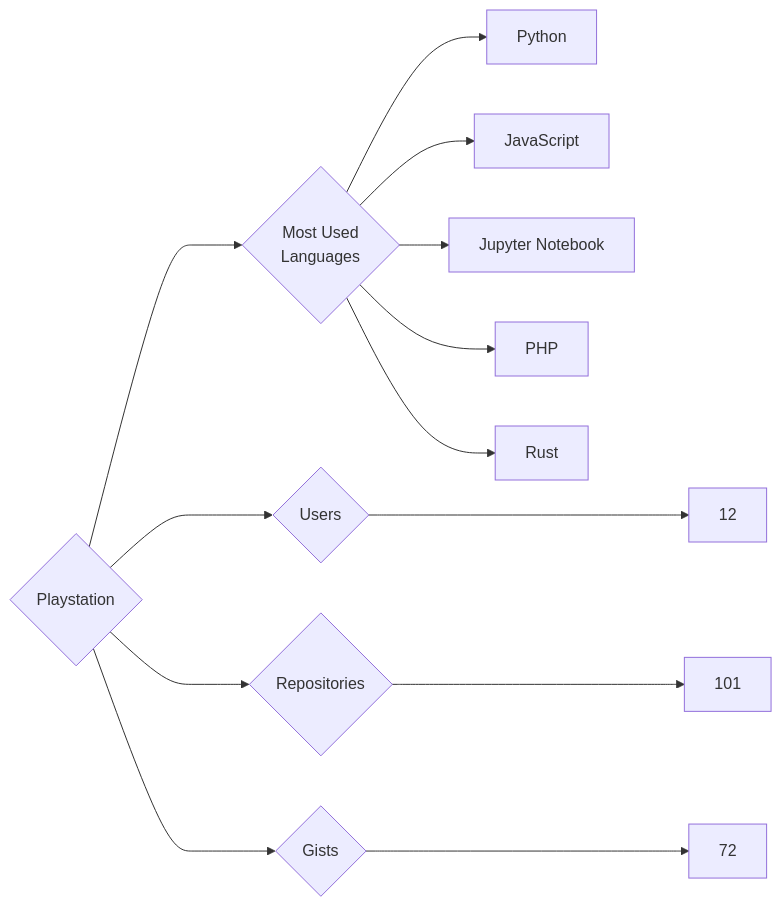
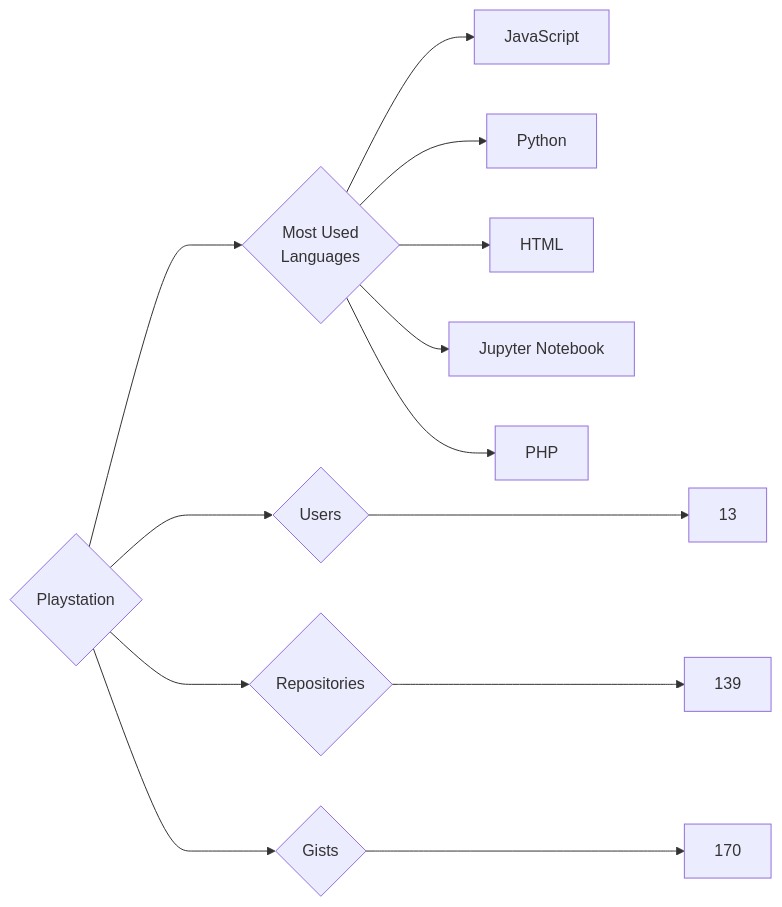
The diagram in targets/Playstation/README.md (trickest/insiders), drawn with Mermaid before and after one commit. The commit also changed 833 other files, not shown here.

````diff
--- a/targets/Playstation/README.md
+++ b/targets/Playstation/README.md
@@ -3,13 +3,13 @@
 ```mermaid
 graph LR
 COMPANY_NAME{Playstation}
-COMPANY_NAME ---> U{Users} ---> UN[12]
-COMPANY_NAME ---> R{Repositories} ---> RN[101]
-COMPANY_NAME ---> G{Gists} ---> GN[72]
+COMPANY_NAME ---> U{Users} ---> UN[13]
+COMPANY_NAME ---> R{Repositories} ---> RN[139]
+COMPANY_NAME ---> G{Gists} ---> GN[170]
 COMPANY_NAME ---> ML{Most Used<br>Languages}
+ML --> JavaScript[JavaScript]
 ML --> Python[Python]
-ML --> JavaScript[JavaScript]
+ML --> HTML[HTML]
 ML --> Jupyter_Notebook[Jupyter Notebook]
 ML --> PHP[PHP]
-ML --> Rust[Rust]
 ```
````
